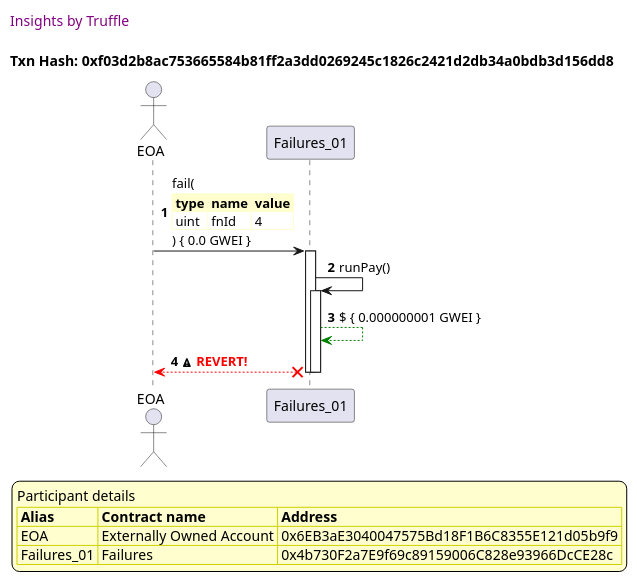
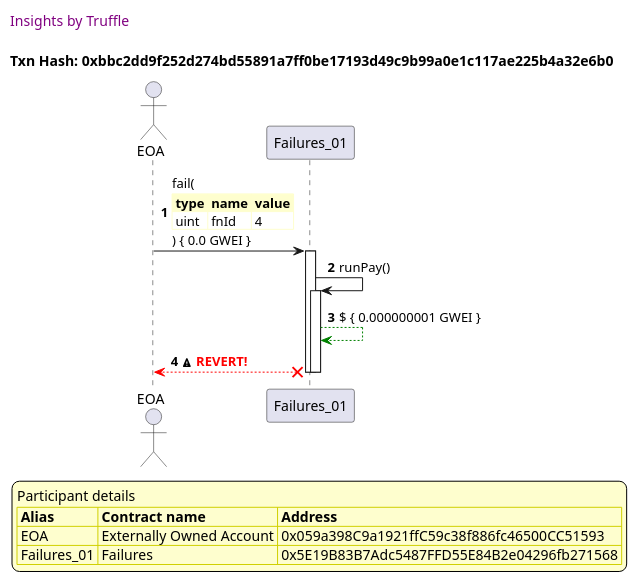
The fifth of 12 diagrams in truffle-seq/failures.test.md (trufflesuite/txlog-seedlings), drawn with PlantUML before and after one commit. The commit also changed other lines of this file and 8 other files, not shown here.

````diff
--- a/truffle-seq/failures.test.md
+++ b/truffle-seq/failures.test.md
@@ -235,44 +235,44 @@
 ```plantuml
 
 
 @startuml
 
 autonumber
 skinparam legendBackgroundColor #FEFECE
 
 <style>
       header {
         HorizontalAlignment left
         FontColor purple
         FontSize 14
         Padding 10
       }
     </style>
 
 header Insights by Truffle
 
-title Txn Hash: 0xf03d2b8ac753665584b81ff2a3dd0269245c1826c2421d2db34a0bdb3d156dd8
+title Txn Hash: 0xbbc2dd9f252d274bd55891a7ff0be17193d49c9b99a0e1c117ae225b4a32e6b0
 
 
 actor EOA as "EOA"
 participant Failures_01 as "Failures_01"
 
 "EOA" -> "Failures_01" ++: fail(\n\
 <#FEFECE,#FEFECE>|= type |= name |= value |\n\
 | uint | fnId | 4 |\n\
 ) { 0.0 GWEI }
 "Failures_01" -> "Failures_01" ++: runPay()
 "Failures_01" -[#green]-> "Failures_01" : $ { 0.000000001 GWEI }
 "Failures_01" x-[#red]-> "EOA" --: <&warning> <color #red>**REVERT!**</color>
 deactivate "Failures_01"
 deactivate "Failures_01"
 
 legend
 Participant details
 <#FEFECE,#D0D000>|= Alias |= Contract name |= Address |
-<#FEFECE>| EOA | Externally Owned Account | 0x6EB3aE3040047575Bd18F1B6C8355E121d05b9f9 |
-<#FEFECE>| Failures_01 | Failures | 0x4b730F2a7E9f69c89159006C828e93966DcCE28c |
+<#FEFECE>| EOA | Externally Owned Account | 0x059a398C9a1921ffC59c38f886fc46500CC51593 |
+<#FEFECE>| Failures_01 | Failures | 0x5E19B83B7Adc5487FFD55E84B2e04296fb271568 |
 endlegend
 
 @enduml
 ```
````
